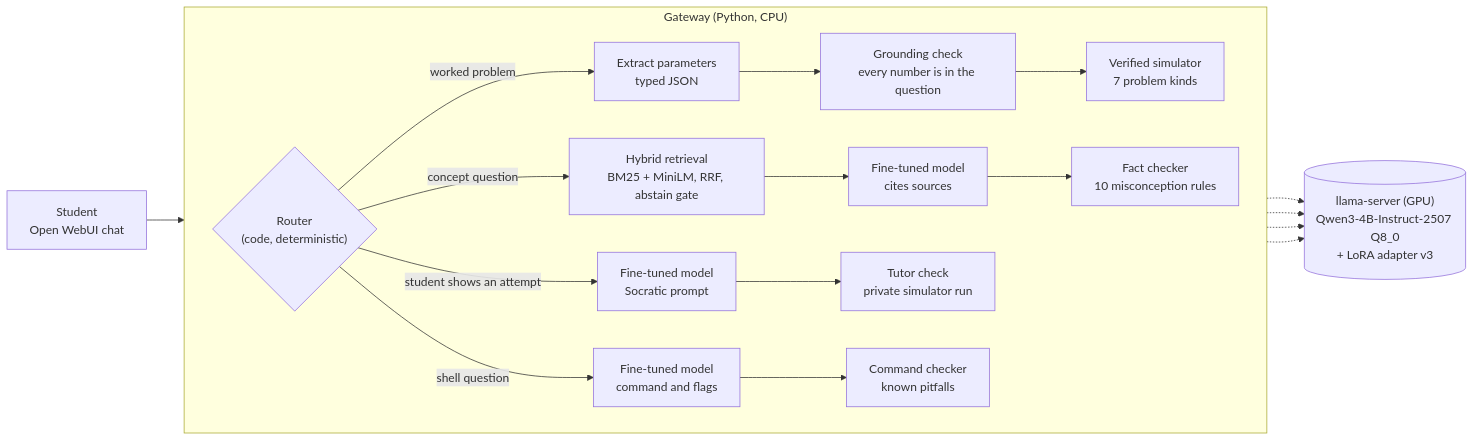
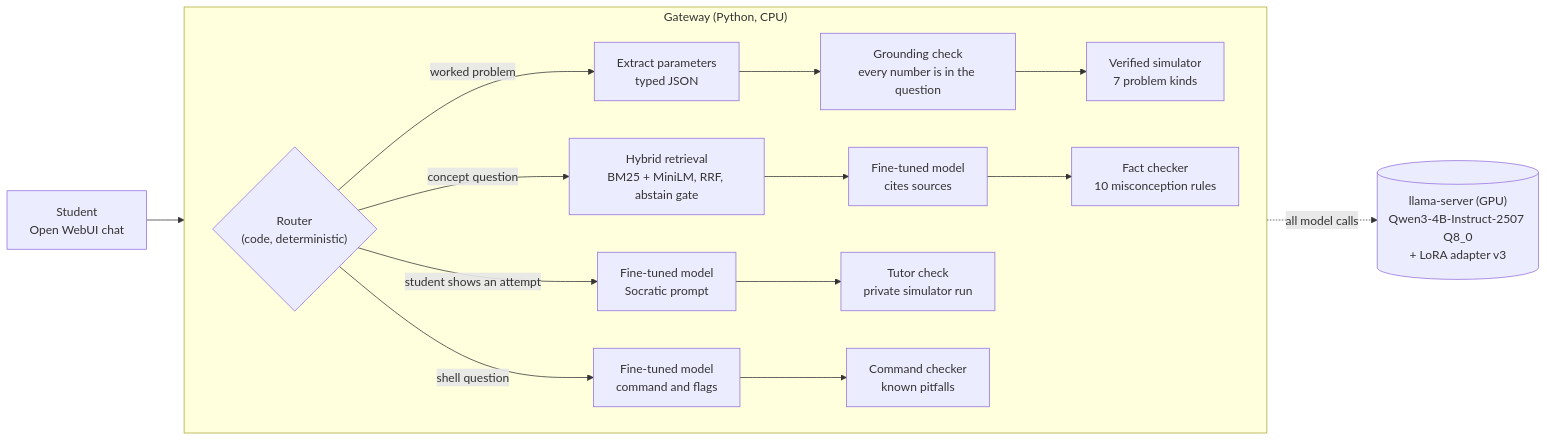
The diagram in README.md (Divyakush2006/OS-Tutor), drawn with Mermaid before and after one commit.

Commit message:
README: simplify the architecture diagram

````diff
--- a/README.md
+++ b/README.md
@@ -81,27 +81,23 @@
 ```mermaid
 flowchart LR
     S["Student<br/>Open WebUI chat"] --> R{"Router<br/>(code, deterministic)"}
 
     subgraph GW["Gateway (Python, CPU)"]
         direction LR
         R -->|worked problem| X["Extract parameters<br/>typed JSON"]
         X --> G["Grounding check<br/>every number is in the question"]
         G --> SIM["Verified simulator<br/>7 problem kinds"]
 
         R -->|concept question| RET["Hybrid retrieval<br/>BM25 + MiniLM, RRF, abstain gate"]
         RET --> M1["Fine-tuned model<br/>cites sources"]
         M1 --> FC["Fact checker<br/>10 misconception rules"]
 
         R -->|student shows an attempt| M2["Fine-tuned model<br/>Socratic prompt"]
         M2 --> TC["Tutor check<br/>private simulator run"]
 
         R -->|shell question| M3["Fine-tuned model<br/>command and flags"]
         M3 --> CC["Command checker<br/>known pitfalls"]
     end
 
-    X -.-> L
-    M1 -.-> L
-    M2 -.-> L
-    M3 -.-> L
-    L[("llama-server (GPU)<br/>Qwen3-4B-Instruct-2507 Q8_0<br/>+ LoRA adapter v3")]
+    GW -. "all model calls" .-> L[("llama-server (GPU)<br/>Qwen3-4B-Instruct-2507 Q8_0<br/>+ LoRA adapter v3")]
 ```
````
